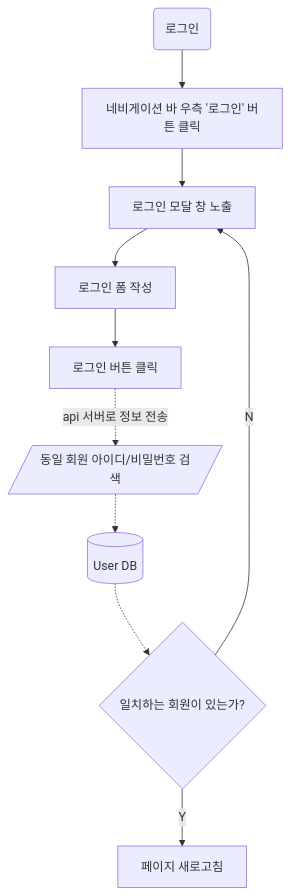
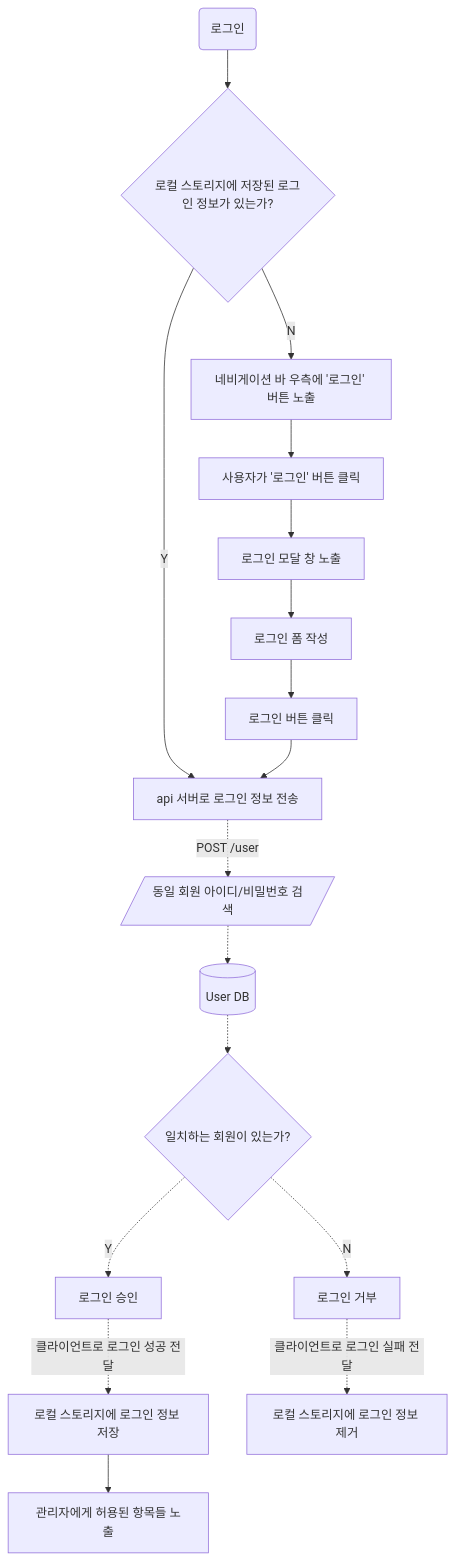
The third of 3 diagrams in ARCHITECTURE.md (Four-pi/client), drawn with Mermaid before and after one commit. The commit also changed other lines of this file, not shown here.

Commit message:
docs: 플로우차트 개선

````diff
--- a/ARCHITECTURE.md
+++ b/ARCHITECTURE.md
@@ -381,13 +383,25 @@
 ```mermaid
 flowchart
-    c1("로그인")
-    --> c2["네비게이션 바 우측 '로그인' 버튼 클릭"]
-    --> c3["로그인 모달 창 노출"]
-    --> c4["로그인 폼 작성"]
-    --> c5["로그인 버튼 클릭"]
-    -."api 서버로 정보 전송".->  s1[/"동일 회원 아이디/비밀번호 검색"/]
-    -.-> s2[("User DB")]
-    -.-> s3{"일치하는 회원이 있는가?"}
-    s3 -- "N" --> c3
-    s3 -- "Y" --> c6["페이지 새로고침"]
+    start("로그인")
+    checkLoginInfo{"로컬 스토리지에 저장된 로그인 정보가 있는가?"}
+    showAdminMenus["관리자에게 허용된 항목들 노출"]
+    showLoginButton["네비게이션 바 우측에 '로그인' 버튼 노출"]
+    userClickLoginButton["사용자가 '로그인' 버튼 클릭"]
+    showLoginModal["로그인 모달 창 노출"]
+    userFillLoginForm["로그인 폼 작성"]
+    userClickLoginSubmitButton["로그인 버튼 클릭"]
+    searchMatchingUser[/"동일 회원 아이디/비밀번호 검색"/]
+    userDB[("User DB")]
+    checkMatchUserFound{"일치하는 회원이 있는가?"}
+    approveLogin["로그인 승인"]
+    rejectLogin["로그인 거부"]
+    sendLoginInfo["api 서버로 로그인 정보 전송"]
+    saveLoginInfo["로컬 스토리지에 로그인 정보 저장"]
+    removeLoginInfo["로컬 스토리지에 로그인 정보 제거"]
+
+    start --> checkLoginInfo
+    checkLoginInfo -- "Y" --> sendLoginInfo
+    checkLoginInfo -- "N" --> showLoginButton --> userClickLoginButton --> showLoginModal --> userFillLoginForm --> userClickLoginSubmitButton --> sendLoginInfo -. "POST /user" .-> searchMatchingUser -.-> userDB -.-> checkMatchUserFound
+    checkMatchUserFound -. "Y" .-> approveLogin -. "클라이언트로 로그인 성공 전달" .-> saveLoginInfo --> showAdminMenus
+    checkMatchUserFound -. "N" .-> rejectLogin -. "클라이언트로 로그인 실패 전달" .-> removeLoginInfo
 ```
````
